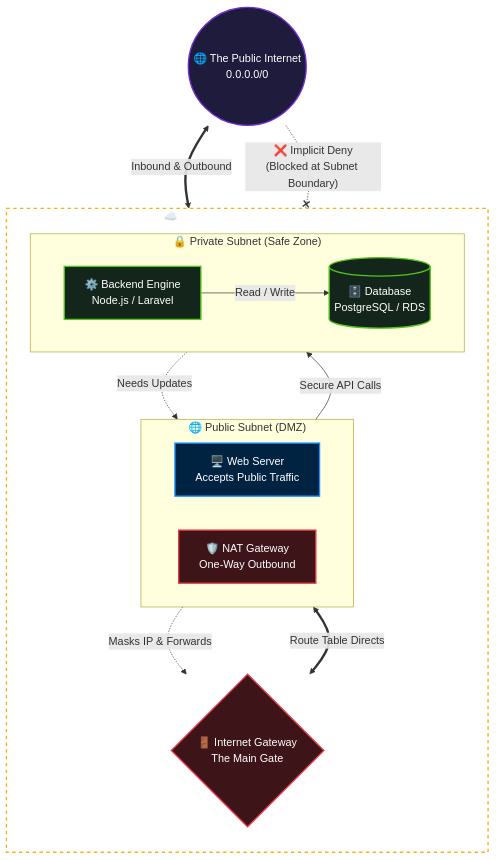
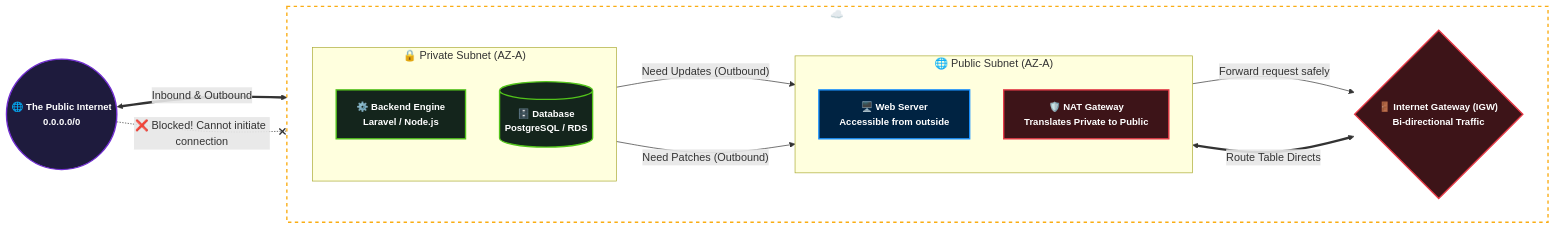
One commit to muhammad-khaled-tech/My-Study-Notes changed diagram 28 of 48 in Domain 3.md. Above: the diagram before and after it, drawn with Mermaid. The commit also changed 2 other files, not shown here.

Commit message:
vault backup: 2026-06-04 21:28:36

````diff
--- a/Domain 3.md
+++ b/Domain 3.md
@@ -3022,47 +3022,46 @@
 ```mermaid
-flowchart TD
+flowchart LR
 
-    %% ستايلات الألوان الاحترافية للمظهر الداكن
+    classDef default font-weight:bold,font-size:14px,stroke-width:2px;
+    
+    %% ستايلات الألوان الغامقة
     classDef internet fill:#1e1b3d,stroke:#722ed1,color:#fff,stroke-width:2px;
     classDef gateway fill:#3d1418,stroke:#e63946,color:#fff,stroke-width:2px;
     classDef public fill:#002342,stroke:#1890ff,color:#fff,stroke-width:2px;
     classDef private fill:#14251c,stroke:#52c41a,color:#fff,stroke-width:2px;
     classDef vpc fill:transparent,stroke:#faad14,stroke-width:2px,stroke-dasharray: 5 5,color:#fff;
 
     Internet(("🌐 The Public Internet<br>0.0.0.0/0")):::internet
 
-    subgraph AWS_VPC ["☁️ AWS VPC (Your Secure Cloud)"]
-        direction TB
+    subgraph AWS_VPC ["☁️ AWS Virtual Private Cloud (VPC)"]
+        direction LR
         
-        IGW{"🚪 Internet Gateway<br>The Main Gate"}:::gateway
+        IGW{"🚪 Internet Gateway (IGW)<br>Bi-directional Traffic"}:::gateway
 
-        subgraph Pub_Subnet ["🌐 Public Subnet (DMZ)"]
-            direction LR
-            WebServer["🖥️ Web Server<br>Accepts Public Traffic"]:::public
-            NAT["🛡️ NAT Gateway<br>One-Way Outbound"]:::gateway
+        subgraph Pub_Subnet ["🌐 Public Subnet (AZ-A)"]
+            direction TB
+            WebServer["🖥️ Web Server<br>Accessible from outside"]:::public
+            NAT["🛡️ NAT Gateway<br>Translates Private to Public"]:::gateway
         end
 
-        subgraph Priv_Subnet ["🔒 Private Subnet (Safe Zone)"]
-            direction LR
-            Backend["⚙️ Backend Engine<br>Node.js / Laravel"]:::private
+        subgraph Priv_Subnet ["🔒 Private Subnet (AZ-A)"]
+            direction TB
+            Backend["⚙️ Backend Engine<br>Laravel / Node.js"]:::private
             DB[("🗄️ Database<br>PostgreSQL / RDS")]:::private
         end
     end
 
-    %% مسار الترافيك العام (الأسهم المزدوجة العريضة)
+    %% مسار الترافيك العام (الأسهم المزدوجة المصححة)
     Internet <==>|"Inbound & Outbound"| IGW
     IGW <==>|"Route Table Directs"| WebServer
 
-    %% مسار الترافيك الداخلي
-    WebServer -->|"Secure API Calls"| Backend
-    Backend -->|"Read / Write"| DB
-
     %% مسار خروج السيرفرات الخاصة للإنترنت (للتحديثات)
-    Backend -.->|"Needs Updates"| NAT
-    NAT -.->|"Masks IP & Forwards"| IGW
+    Backend -->|"Need Updates (Outbound)"| NAT
+    DB -->|"Need Patches (Outbound)"| NAT
+    NAT -->|"Forward request safely"| IGW
 
     %% مسار الحماية (المنع)
-    Internet -.-x|"❌ Implicit Deny<br>(Blocked at Subnet Boundary)"| Backend
+    Internet -.-x|"❌ Blocked! Cannot initiate connection"| Backend
 
     class AWS_VPC vpc;
 ```
````
